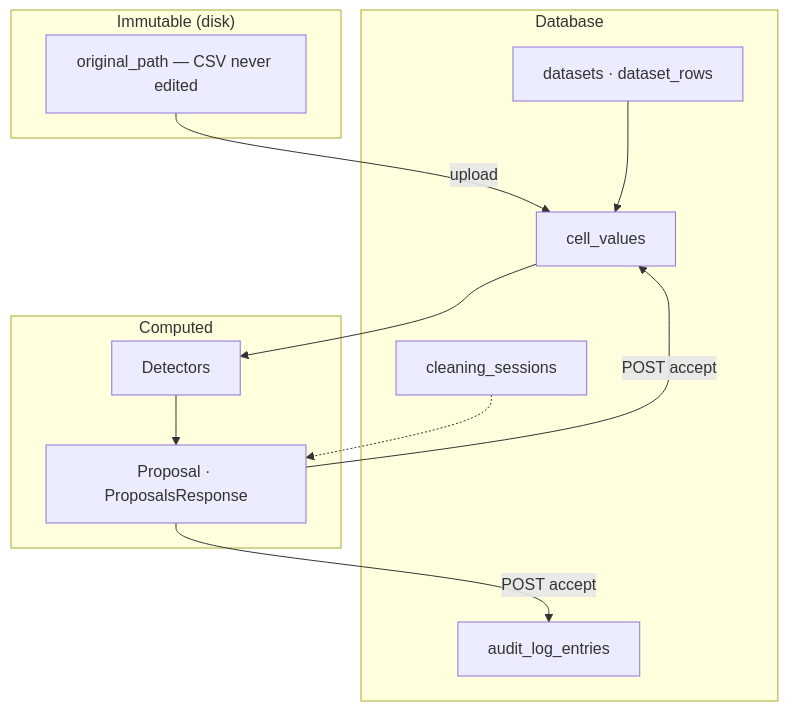
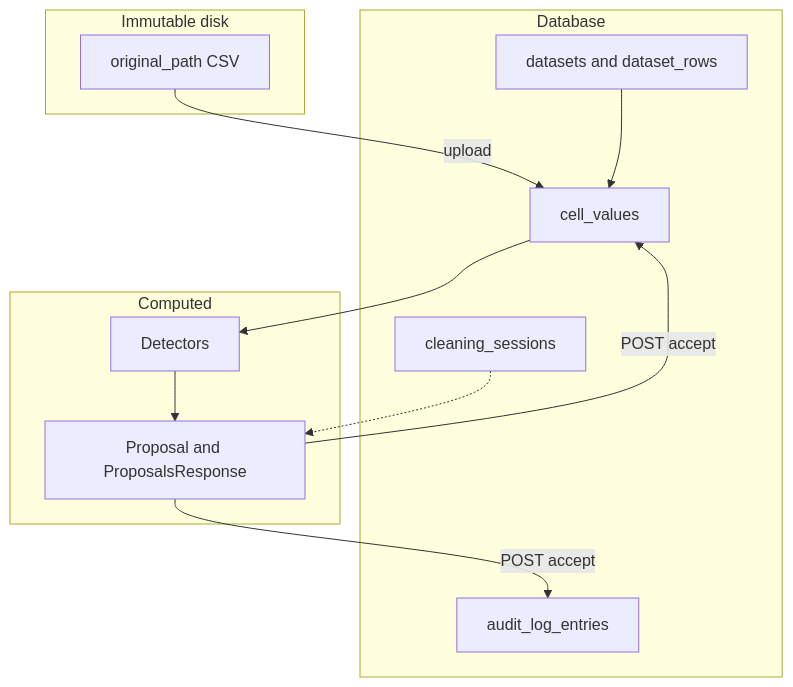
The second of 6 diagrams in docs/database-schema.md (EmmS21/keyestakehome), drawn with Mermaid before and after one commit. The commit also changed other lines of this file, not shown here.

First line of the commit message:
fix(docs): make Mermaid diagrams compatible with GitHub renderer.

````diff
--- a/docs/database-schema.md
+++ b/docs/database-schema.md
@@ -62,26 +64,26 @@
 ```mermaid
 flowchart TB
-  subgraph disk["Immutable (disk)"]
-    CSV["original_path — CSV never edited"]
+  subgraph disk["Immutable disk"]
+    CSV["original_path CSV"]
   end
 
   subgraph db["Database"]
-    meta["datasets · dataset_rows"]
+    meta["datasets and dataset_rows"]
     working["cell_values"]
     workflow["cleaning_sessions"]
     audit["audit_log_entries"]
   end
 
   subgraph runtime["Computed"]
-    prop["Proposal · ProposalsResponse"]
+    prop["Proposal and ProposalsResponse"]
     det["Detectors"]
   end
 
-  CSV -->|"upload"| working
+  CSV -->|upload| working
   meta --> working
   working --> det
   det --> prop
-  prop -->|"POST accept"| working
-  prop -->|"POST accept"| audit
+  prop -->|POST accept| working
+  prop -->|POST accept| audit
   workflow -.-> prop
 ```
````
